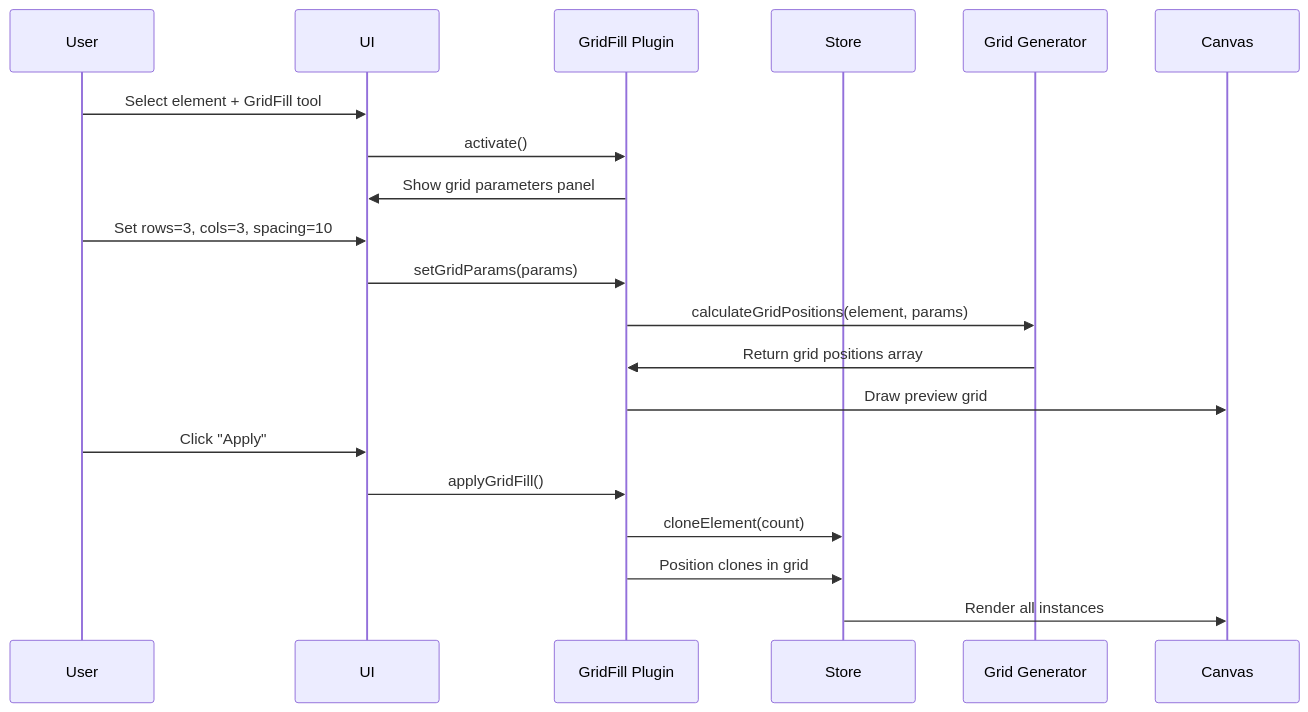
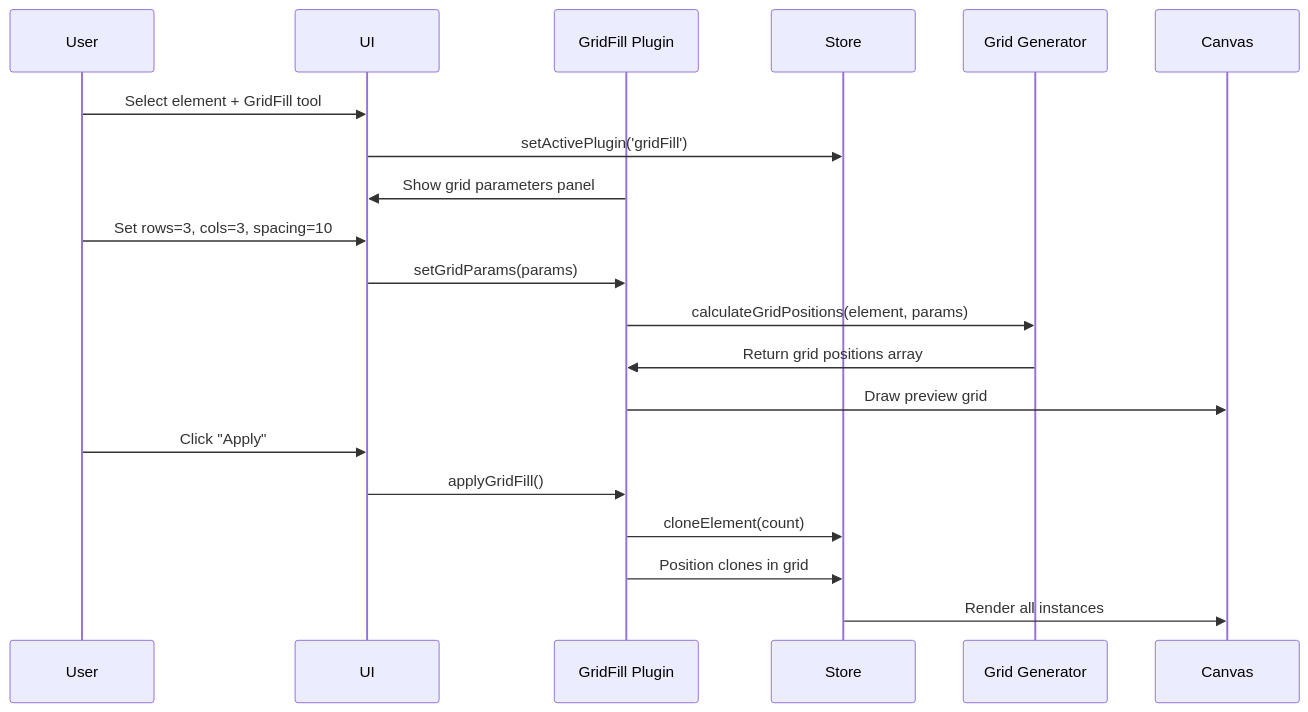
The diagram in doc/docs/plugins/catalog/grid-fill.md (ekrsulov/ttpe), drawn with Mermaid before and after one commit. The commit also changed 20 other files, not shown here.

````diff
--- a/doc/docs/plugins/catalog/grid-fill.md
+++ b/doc/docs/plugins/catalog/grid-fill.md
@@ -21,25 +21,25 @@
 ```mermaid
 sequenceDiagram
     participant User
     participant UI
     participant GF as GridFill Plugin
     participant Store
     participant GG as Grid Generator
     participant Canvas
     
     User->>UI: Select element + GridFill tool
-    UI->>GF: activate()
+    UI->>Store: setActivePlugin('gridFill')
     GF->>UI: Show grid parameters panel
     
     User->>UI: Set rows=3, cols=3, spacing=10
     UI->>GF: setGridParams(params)
     GF->>GG: calculateGridPositions(element, params)
     GG->>GF: Return grid positions array
     GF->>Canvas: Draw preview grid
     
     User->>UI: Click "Apply"
     UI->>GF: applyGridFill()
     GF->>Store: cloneElement(count)
     GF->>Store: Position clones in grid
     Store->>Canvas: Render all instances
 ```
````
